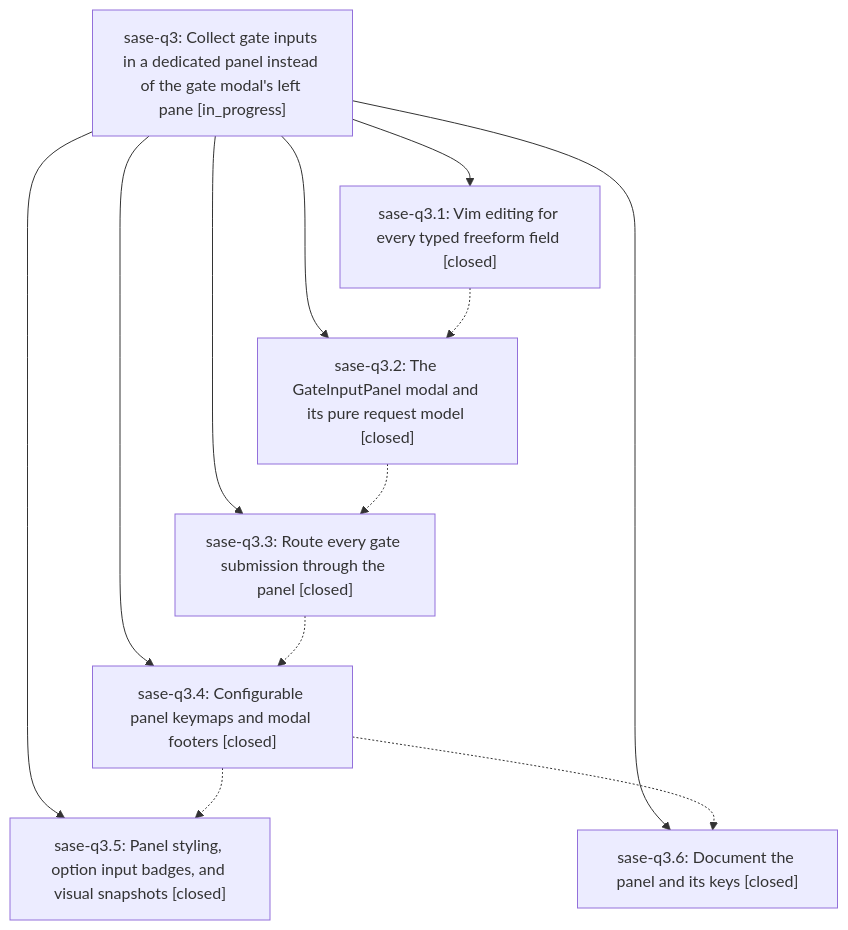
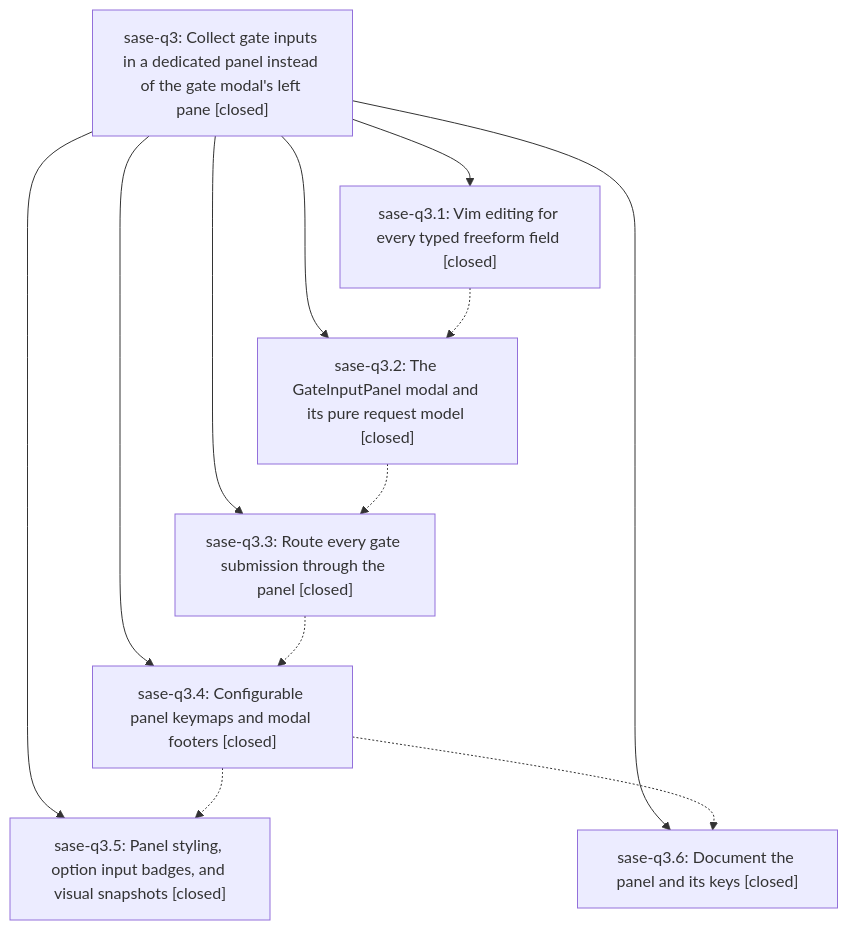
The diagram in pages/sase-q3/README.md (sase-org/sase--beads), drawn with Mermaid before and after one commit. The commit also changed other lines of this file, not shown here.

First line of the commit message:
chore(beads): sync bead state and pages for sase-q3

````diff
--- a/pages/sase-q3/README.md
+++ b/pages/sase-q3/README.md
@@ -27,21 +37,21 @@
 ```mermaid
 flowchart TD
-    n0["sase-q3: Collect gate inputs in a dedicated panel instead of the gate modal's left pane [in_progress]"]
+    n0["sase-q3: Collect gate inputs in a dedicated panel instead of the gate modal's left pane [closed]"]
     n1["sase-q3.1: Vim editing for every typed freeform field [closed]"]
     n2["sase-q3.2: The GateInputPanel modal and its pure request model [closed]"]
     n3["sase-q3.3: Route every gate submission through the panel [closed]"]
     n4["sase-q3.4: Configurable panel keymaps and modal footers [closed]"]
     n5["sase-q3.5: Panel styling, option input badges, and visual snapshots [closed]"]
     n6["sase-q3.6: Document the panel and its keys [closed]"]
     n0 --> n1
     n0 --> n2
     n0 --> n3
     n0 --> n4
     n0 --> n5
     n0 --> n6
     n1 -.-> n2
     n2 -.-> n3
     n3 -.-> n4
     n4 -.-> n5
     n4 -.-> n6
 ```
````
